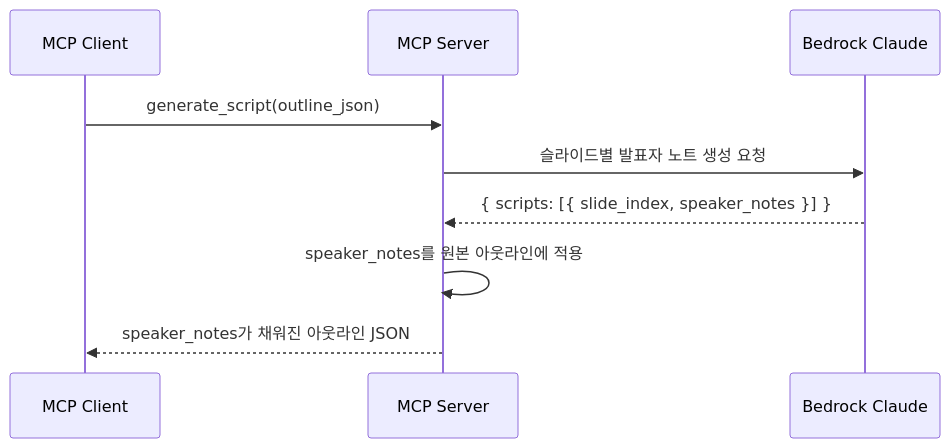
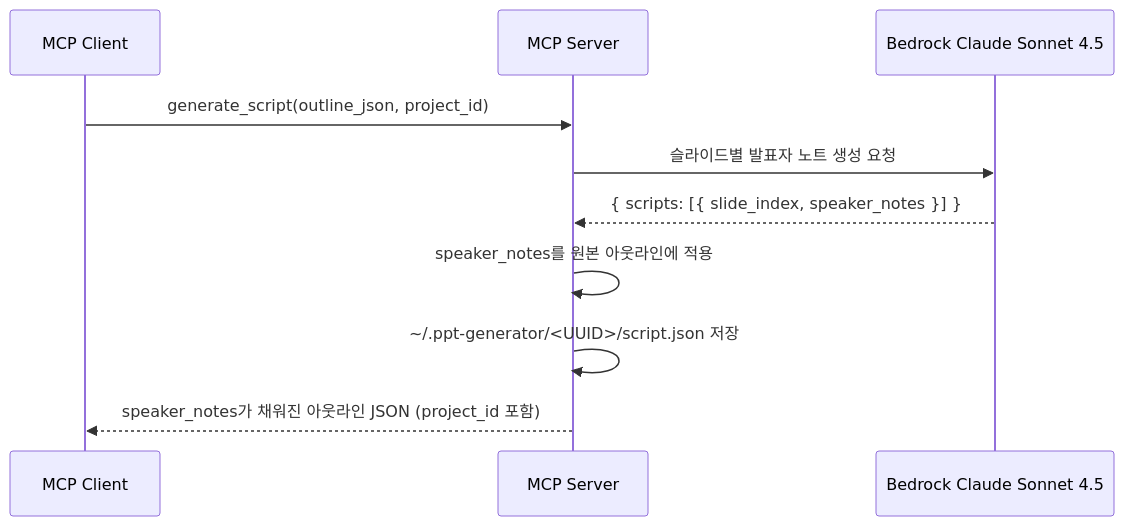
Before and after one commit to haandol/ppt-generator: the diagram in docs/adr/pipeline/0002-script-generation.md, drawn with Mermaid. The commit also changed other lines of this file and 14 other files, not shown here.

````diff
--- a/docs/adr/pipeline/0002-script-generation.md
+++ b/docs/adr/pipeline/0002-script-generation.md
@@ -44,12 +45,13 @@
 ```mermaid
 sequenceDiagram
     participant Client as MCP Client
     participant Server as MCP Server
-    participant LLM as Bedrock Claude
+    participant LLM as Bedrock Claude Sonnet 4.5
 
-    Client->>Server: generate_script(outline_json)
+    Client->>Server: generate_script(outline_json, project_id)
     Server->>LLM: 슬라이드별 발표자 노트 생성 요청
     LLM-->>Server: { scripts: [{ slide_index, speaker_notes }] }
     Server->>Server: speaker_notes를 원본 아웃라인에 적용
-    Server-->>Client: speaker_notes가 채워진 아웃라인 JSON
+    Server->>Server: ~/.ppt-generator/<UUID>/script.json 저장
+    Server-->>Client: speaker_notes가 채워진 아웃라인 JSON (project_id 포함)
 ```
````
